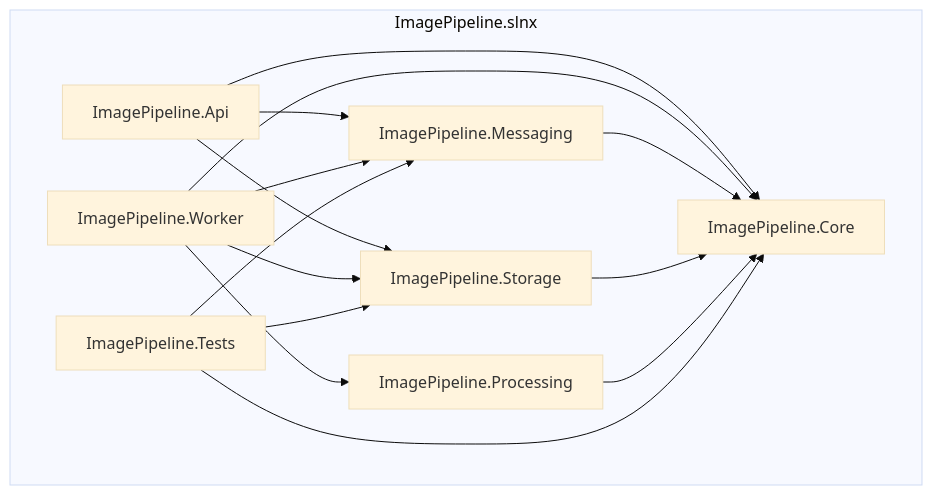
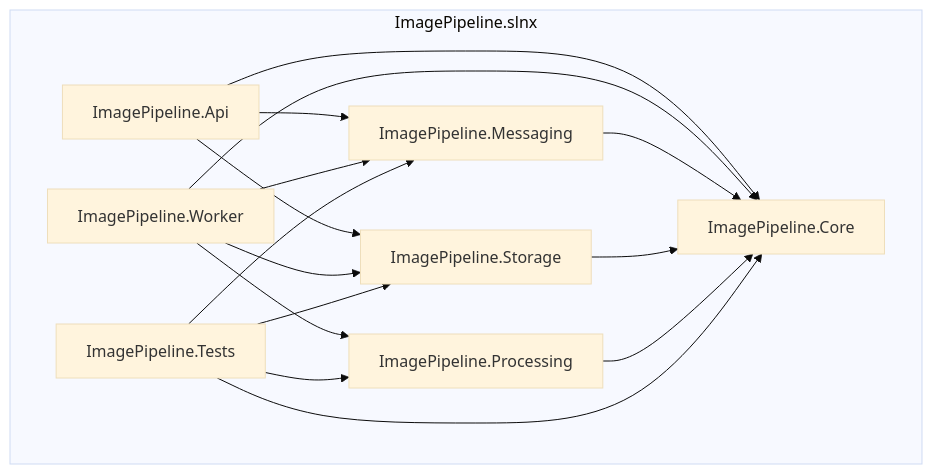
The second of 2 diagrams in README.md (Padintong/image-processing-pipeline), drawn with Mermaid (base theme) before and after one commit. The commit also changed other lines of this file and 11 other files, not shown here.

````diff
--- a/README.md
+++ b/README.md
@@ -38,25 +38,26 @@
 ```mermaid
 flowchart TD
     subgraph sln[ImagePipeline.slnx]
         Api[ImagePipeline.Api]
         Worker[ImagePipeline.Worker]
         Messaging[ImagePipeline.Messaging]
         Storage[ImagePipeline.Storage]
         Processing[ImagePipeline.Processing]
         Core[ImagePipeline.Core]
         Tests[ImagePipeline.Tests]
     end
     Api --> Core
     Api --> Messaging
     Api --> Storage
     Worker --> Core
     Worker --> Messaging
     Worker --> Storage
     Worker --> Processing
     Messaging --> Core
     Storage --> Core
     Processing --> Core
     Tests --> Core
     Tests --> Messaging
+    Tests --> Processing
     Tests --> Storage
 ```
````
